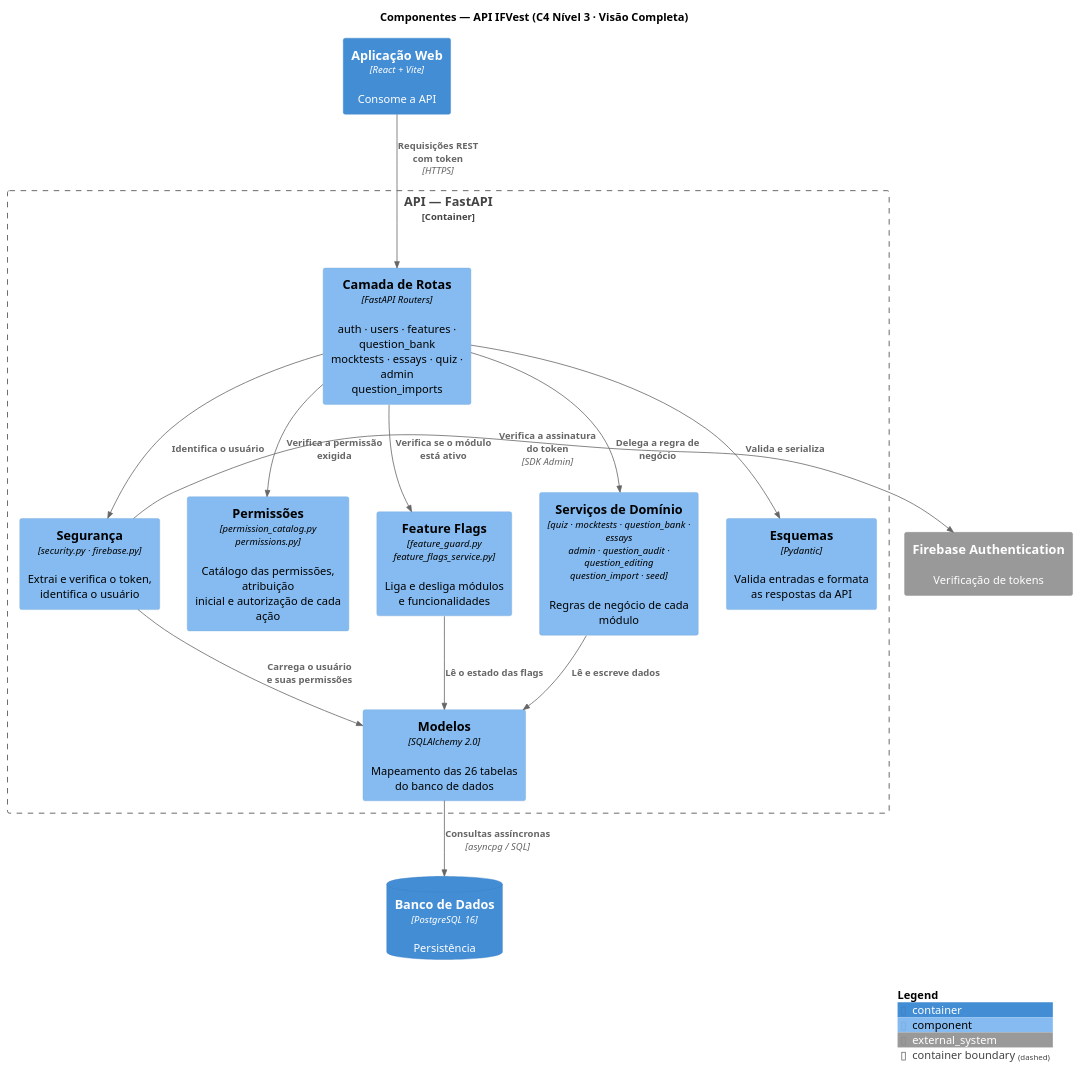
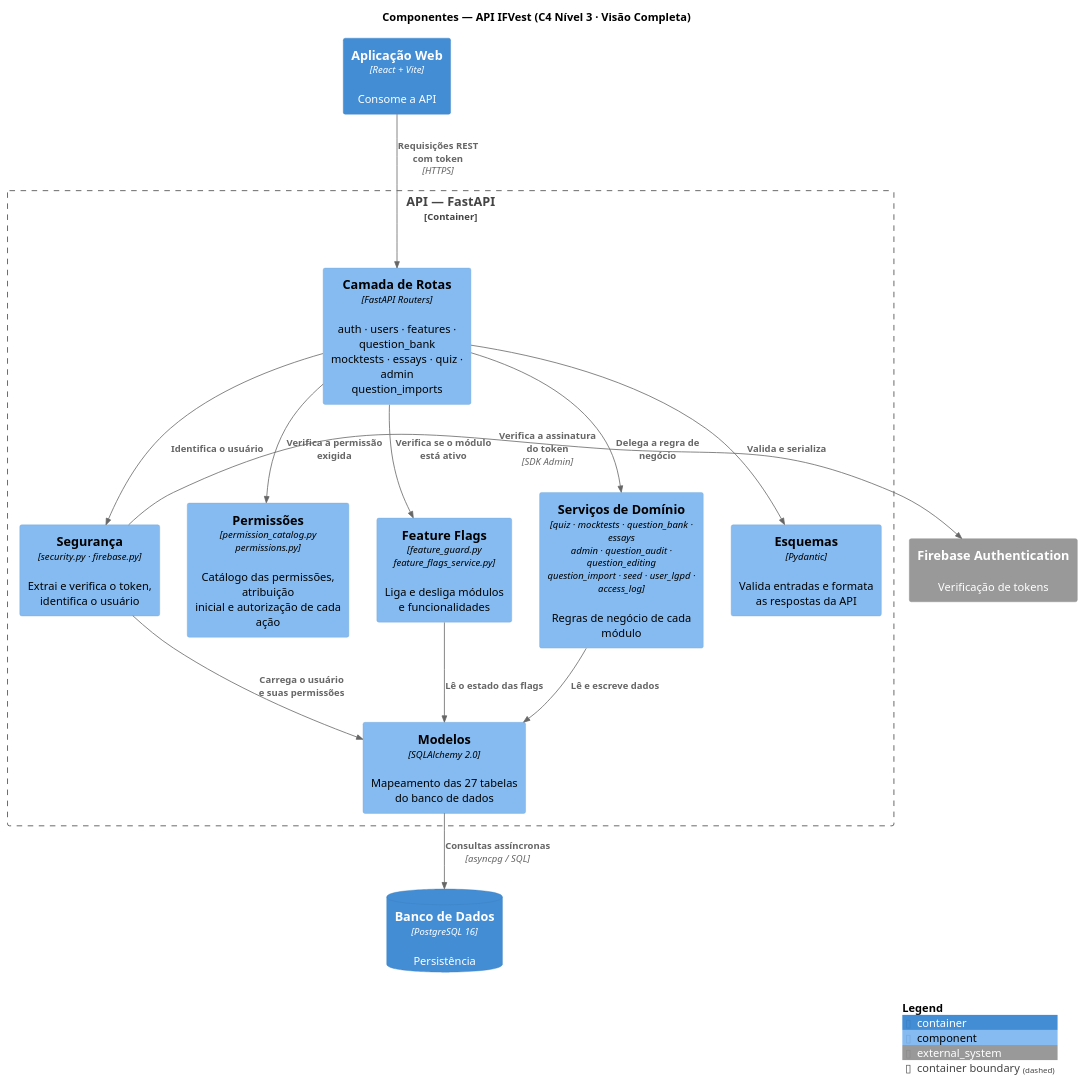
The diagram in docs/diagrams/src/c4_l3_componentes_1.puml (ifvest-project/ifvest-docs), drawn with PlantUML before and after one commit. The commit also changed 23 other files, not shown here.

Commit message:
docs: documentar a LGPD, o alto contraste e o fim das permissões automáticas e atualizar com o monorepo até e4d7eef

```diff
--- a/docs/diagrams/src/c4_l3_componentes_1.puml
+++ b/docs/diagrams/src/c4_l3_componentes_1.puml
@@ -1,38 +1,38 @@
 @startuml C4_Componentes_API_Completo
 !include https://raw.githubusercontent.com/plantuml-stdlib/C4-PlantUML/master/C4_Component.puml
 
 title Componentes — API IFVest (C4 Nível 3 · Visão Completa)
 
 LAYOUT_TOP_DOWN()
 
 Container(web, "Aplicação Web", "React + Vite", "Consome a API")
 
 Container_Boundary(api, "API — FastAPI") {
     Component(rotas, "Camada de Rotas", "FastAPI Routers", "auth · users · features · question_bank\nmocktests · essays · quiz · admin\nquestion_imports")
     Component(seguranca, "Segurança", "security.py · firebase.py", "Extrai e verifica o token,\nidentifica o usuário")
     Component(permissoes, "Permissões", "permission_catalog.py\npermissions.py", "Catálogo das permissões, atribuição\ninicial e autorização de cada ação")
     Component(flags, "Feature Flags", "feature_guard.py\nfeature_flags_service.py", "Liga e desliga módulos\ne funcionalidades")
-    Component(servicos, "Serviços de Domínio", "quiz · mocktests · question_bank · essays\nadmin · question_audit · question_editing\nquestion_import · seed", "Regras de negócio de cada módulo")
+    Component(servicos, "Serviços de Domínio", "quiz · mocktests · question_bank · essays\nadmin · question_audit · question_editing\nquestion_import · seed · user_lgpd · access_log", "Regras de negócio de cada módulo")
     Component(esquemas, "Esquemas", "Pydantic", "Valida entradas e formata\nas respostas da API")
-    Component(modelos, "Modelos", "SQLAlchemy 2.0", "Mapeamento das 26 tabelas\ndo banco de dados")
+    Component(modelos, "Modelos", "SQLAlchemy 2.0", "Mapeamento das 27 tabelas\ndo banco de dados")
 }
 
 ContainerDb(db, "Banco de Dados", "PostgreSQL 16", "Persistência")
 System_Ext(firebase, "Firebase Authentication", "Verificação de tokens")
 
 Rel_D(web, rotas, "Requisições REST\ncom token", "HTTPS")
 
 Rel_D(rotas, flags, "Verifica se o módulo\nestá ativo")
 Rel_D(rotas, seguranca, "Identifica o usuário")
 Rel_D(rotas, permissoes, "Verifica a permissão exigida")
 Rel_D(rotas, esquemas, "Valida e serializa")
 Rel_D(rotas, servicos, "Delega a regra de negócio")
 
 Rel_R(seguranca, firebase, "Verifica a assinatura\ndo token", "SDK Admin")
 Rel_D(seguranca, modelos, "Carrega o usuário\ne suas permissões")
 Rel_D(flags, modelos, "Lê o estado das flags")
 Rel_D(servicos, modelos, "Lê e escreve dados")
 Rel_D(modelos, db, "Consultas assíncronas", "asyncpg / SQL")
 
 SHOW_LEGEND()
 @enduml
```
